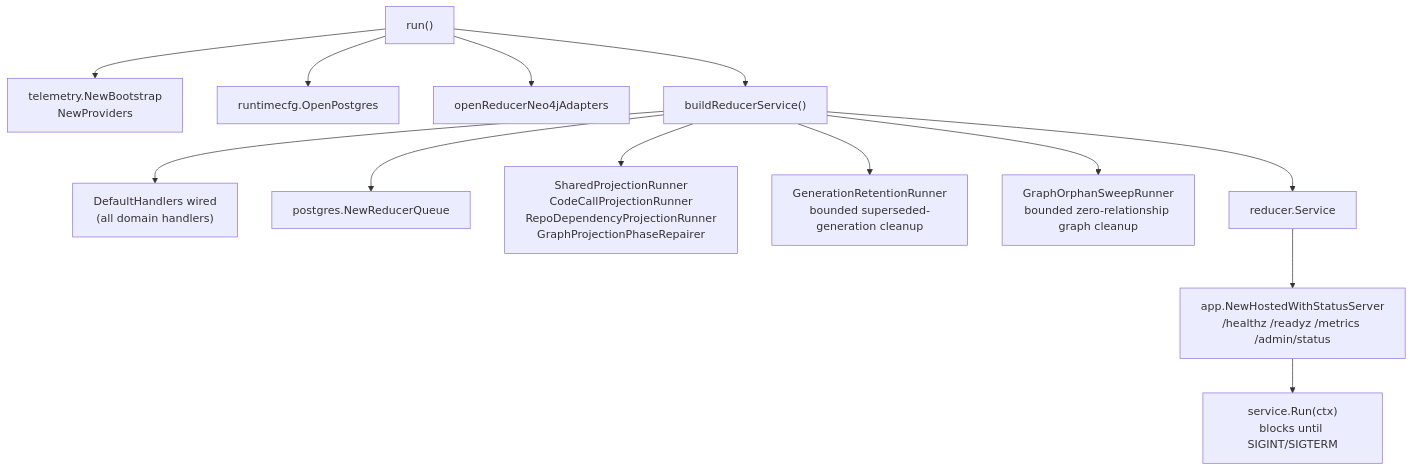
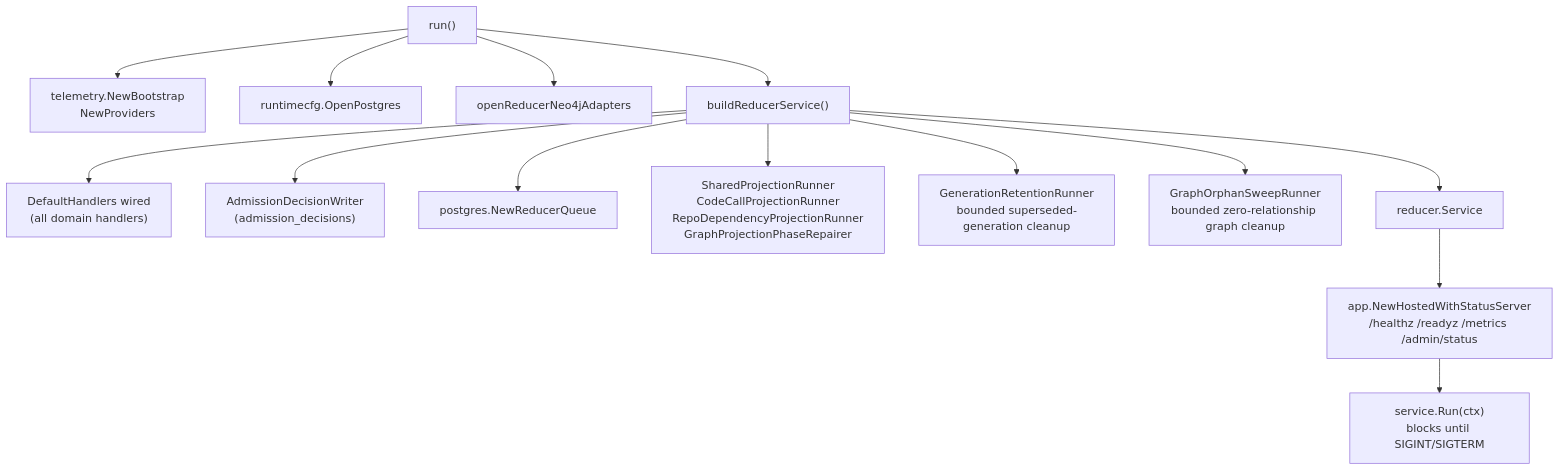
The second of 2 diagrams in go/cmd/reducer/README.md (eshu-hq/eshu), drawn with Mermaid before and after one commit. The commit also changed other lines of this file and 15 other files, not shown here.

Commit message:
reducer: map correlation admission decisions

````diff
--- a/go/cmd/reducer/README.md
+++ b/go/cmd/reducer/README.md
@@ -25,15 +25,16 @@
 ```mermaid
 flowchart TB
   run["run()"] --> Telemetry["telemetry.NewBootstrap\nNewProviders"]
   run --> DB["runtimecfg.OpenPostgres"]
   run --> Graph["openReducerNeo4jAdapters"]
   run --> Build["buildReducerService()"]
   Build --> Handlers["DefaultHandlers wired\n(all domain handlers)"]
+  Build --> AdmissionDecisions["AdmissionDecisionWriter\n(admission_decisions)"]
   Build --> Queue["postgres.NewReducerQueue"]
   Build --> Runners["SharedProjectionRunner\nCodeCallProjectionRunner\nRepoDependencyProjectionRunner\nGraphProjectionPhaseRepairer"]
   Build --> Retention["GenerationRetentionRunner\nbounded superseded-generation cleanup"]
   Build --> OrphanSweep["GraphOrphanSweepRunner\nbounded zero-relationship graph cleanup"]
   Build --> SvcObj["reducer.Service"]
   SvcObj --> AdminSurface["app.NewHostedWithStatusServer\n/healthz /readyz /metrics /admin/status"]
   AdminSurface --> RunLoop["service.Run(ctx)\nblocks until SIGINT/SIGTERM"]
 ```
````
